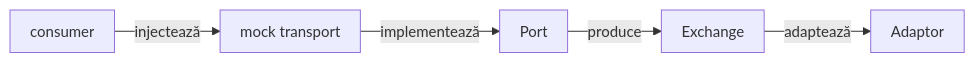
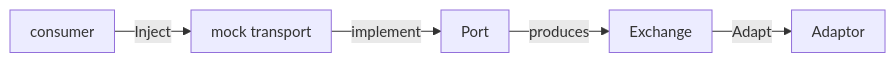
One commit to crististefanita/atf_j0 changed the second of 3 diagrams in atf-mock/README.md. Above: the diagram before and after it, drawn with Mermaid. The commit also changed other lines of this file and 113 other files, not shown here.

````diff
--- a/atf-mock/README.md
+++ b/atf-mock/README.md
@@ -77,8 +79,8 @@
 ```mermaid
 %%{init: {"themeVariables":{"fontSize":"15px"},"themeCSS":".nodeLabel, .nodeLabel p { font-size: 15px !important; line-height: 1.35 !important; } .edgeLabel, .edgeLabel p { font-size: 12px !important; font-weight: 400 !important; line-height: 1.2 !important; } .edgeLabel .labelBkg, .edgeLabel p { background: transparent !important; } .edgeLabel foreignObject { transform: translateY(-18px); overflow: visible; } .node rect { rx: 6px; ry: 6px; }","flowchart":{"curve":"linear","nodeSpacing":24,"rankSpacing":40,"padding":10,"diagramPadding":16}}}%%
 flowchart LR
-    Consumer["consumer"] -->|injectează| Mock["mock transport"]
-    Mock -->|implementează| Core["Port"]
-    Core -->|produce| Evidence["Exchange"]
-    Evidence -->|adaptează| Adapter["Adaptor"]
+    Consumer["consumer"] -->|Inject| Mock["mock transport"]
+    Mock -->|implement| Core["Port"]
+    Core -->|produces| Evidence["Exchange"]
+    Evidence -->|Adapt| Adapter["Adaptor"]
 ```
````
